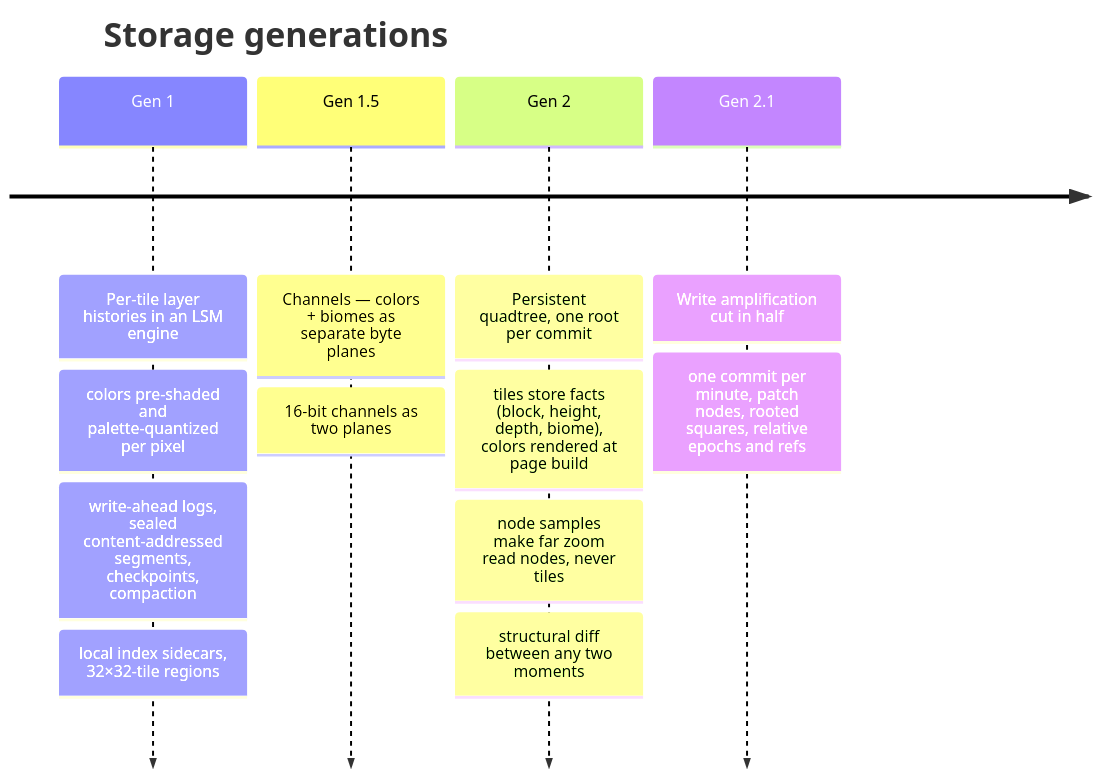
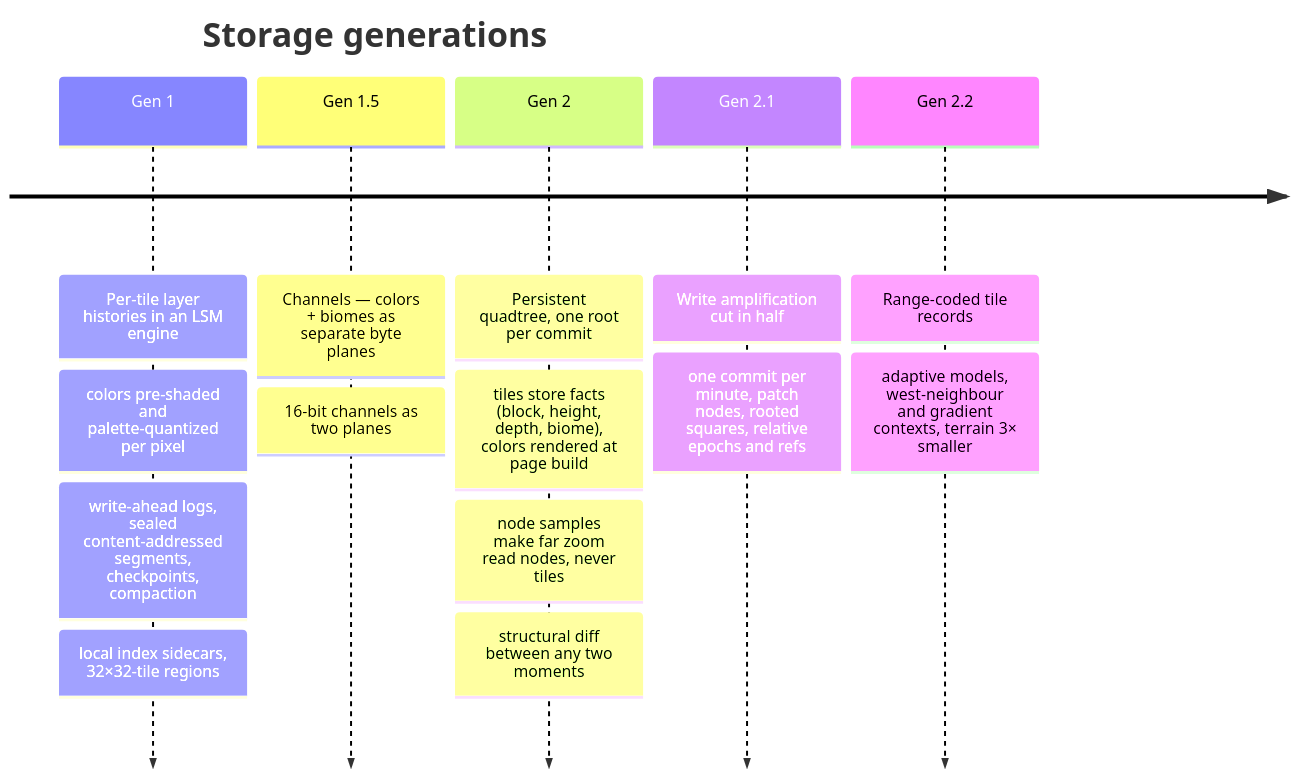
One commit to fopwoc/GTNH-KNH changed the first of 6 diagrams in mods/palimpsest/ARCHITECTURE.md. Above: the diagram before and after it, drawn with Mermaid. The commit also changed other lines of this file, not shown here.

Commit message:
architecture: range-coded records

````diff
--- a/mods/palimpsest/ARCHITECTURE.md
+++ b/mods/palimpsest/ARCHITECTURE.md
@@ -13,16 +13,18 @@
 ```mermaid
 timeline
     title Storage generations
     Gen 1 : Per-tile layer histories in an LSM engine
           : colors pre-shaded and palette-quantized per pixel
           : write-ahead logs, sealed content-addressed segments, checkpoints, compaction
           : local index sidecars, 32×32-tile regions
     Gen 1.5 : Channels — colors + biomes as separate byte planes
             : 16-bit channels as two planes
     Gen 2 : Persistent quadtree, one root per commit
           : tiles store facts (block, height, depth, biome), colors rendered at page build
           : node samples make far zoom read nodes, never tiles
           : structural diff between any two moments
     Gen 2.1 : Write amplification cut in half
             : one commit per minute, patch nodes, rooted squares, relative epochs and refs
+    Gen 2.2 : Range-coded tile records
+            : adaptive models, west-neighbour and gradient contexts, terrain 3× smaller
 ```
````
